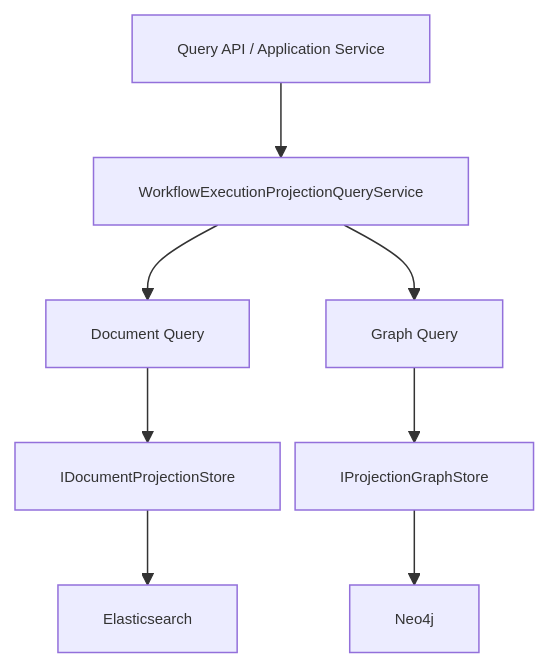
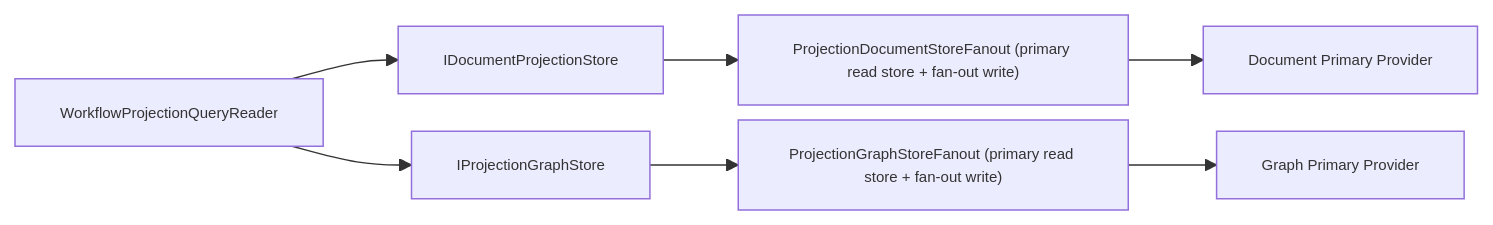
Before and after one commit to aevatarAI/aevatar: the second of 2 diagrams in docs/architecture/projection-readmodel-full-refactor-plan-2026-02-24.md, drawn with Mermaid. The commit also changed other lines of this file and 36 other files, not shown here.

First line of the commit message:
Refactor Projection ReadModel and Update Audit Scorecard Documentation

````diff
--- a/docs/architecture/projection-readmodel-full-refactor-plan-2026-02-24.md
+++ b/docs/architecture/projection-readmodel-full-refactor-plan-2026-02-24.md
@@ -39,14 +44,12 @@
 ```mermaid
 %%{init: {"maxTextSize": 100000, "flowchart": {"useMaxWidth": false, "nodeSpacing": 10, "rankSpacing": 50}, "themeVariables": {"fontSize": "10px"}}}%%
-flowchart TB
-    A["Query API / Application Service"] --> B["WorkflowExecutionProjectionQueryService"]
+flowchart LR
+    Q1["WorkflowProjectionQueryReader"] --> Q2["IDocumentProjectionStore<WorkflowExecutionReport,string>"]
+    Q1 --> Q3["IProjectionGraphStore"]
 
-    B --> C["Document Query"]
-    B --> D["Graph Query"]
+    Q2 --> Q4["ProjectionDocumentStoreFanout (primary read store + fan-out write)"]
+    Q3 --> Q5["ProjectionGraphStoreFanout (primary read store + fan-out write)"]
 
-    C --> E["IDocumentProjectionStore"]
-    D --> F["IProjectionGraphStore"]
-
-    E --> G["Elasticsearch"]
-    F --> H["Neo4j"]
+    Q4 --> Q6["Document Primary Provider"]
+    Q5 --> Q7["Graph Primary Provider"]
 ```
````
